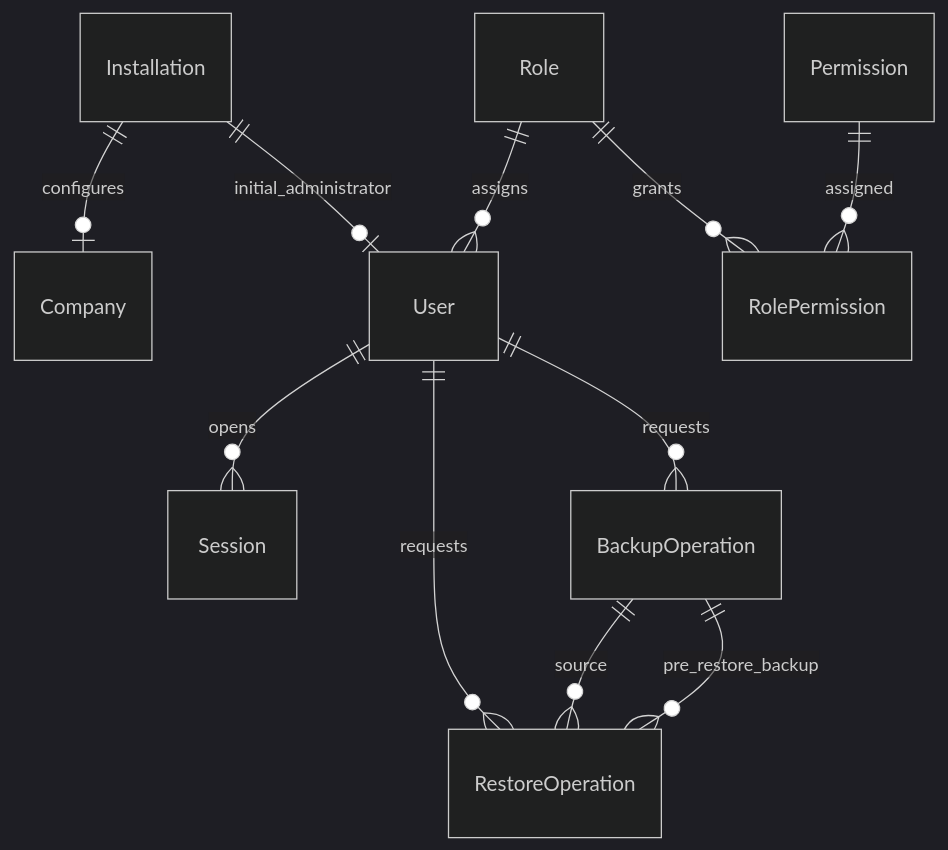
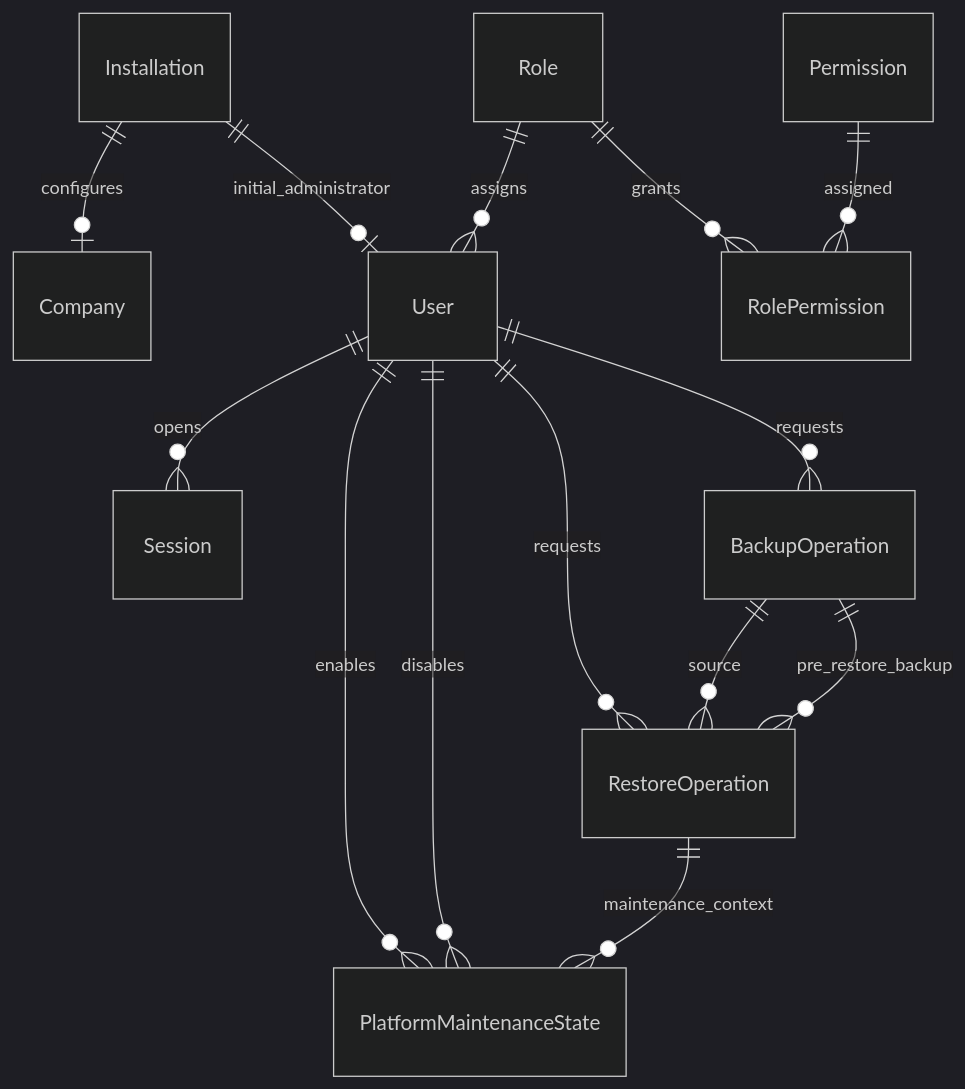
One commit to albertocs3/crigestion changed the diagram in docs/plataforma/05-modelo-fisico-datos.md. Above: the diagram before and after it, drawn with Mermaid (dark theme). The commit also changed other lines of this file and 37 other files, not shown here.

Commit message:
Add restore maintenance mode guard

````diff
--- a/docs/plataforma/05-modelo-fisico-datos.md
+++ b/docs/plataforma/05-modelo-fisico-datos.md
@@ -48,13 +49,16 @@
 ```mermaid
 erDiagram
     Installation ||--o| Company : configures
     Installation ||--o| User : initial_administrator
     Role ||--o{ User : assigns
     User ||--o{ Session : opens
     User ||--o{ BackupOperation : requests
     User ||--o{ RestoreOperation : requests
+    User ||--o{ PlatformMaintenanceState : enables
+    User ||--o{ PlatformMaintenanceState : disables
     BackupOperation ||--o{ RestoreOperation : source
     BackupOperation ||--o{ RestoreOperation : pre_restore_backup
+    RestoreOperation ||--o{ PlatformMaintenanceState : maintenance_context
     Role ||--o{ RolePermission : grants
     Permission ||--o{ RolePermission : assigned
 ```
````
